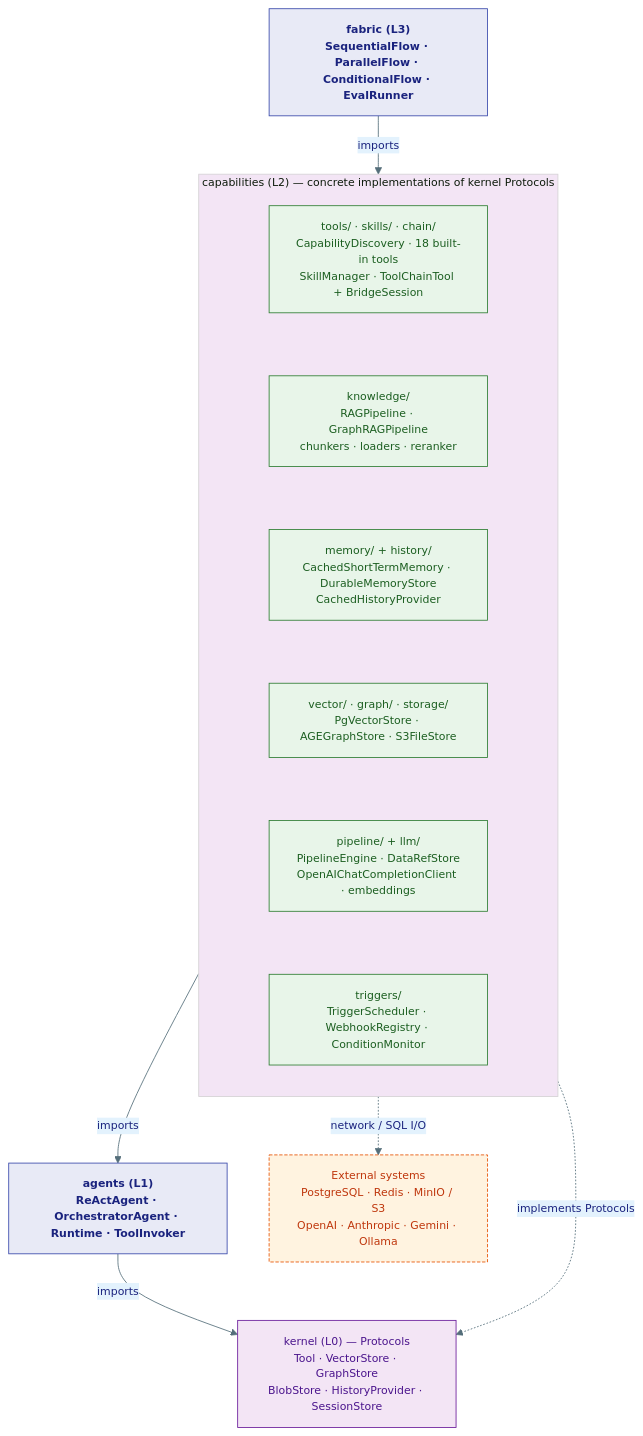
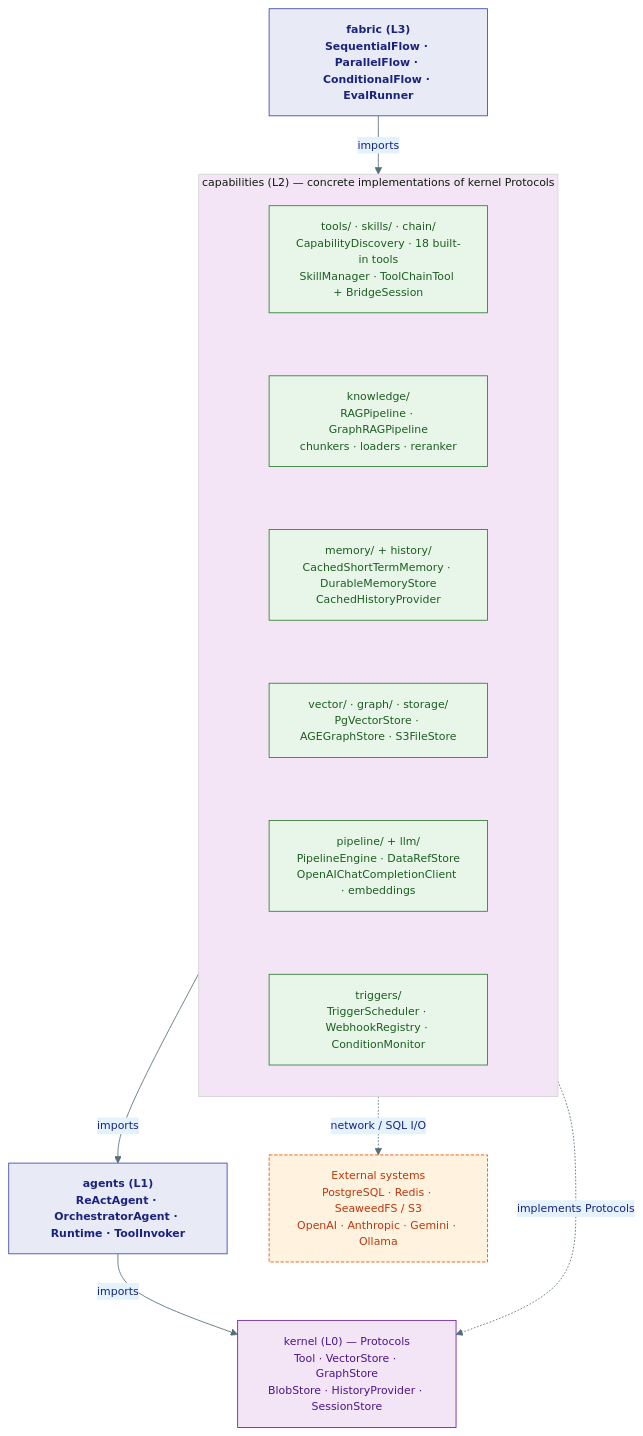
The diagram in agents/agent-substrate/docs/capabilities/index.md (Ravikumarchavva/agent-substrate), drawn with Mermaid before and after one commit. The commit also changed 21 other files, not shown here.

First line of the commit message:
Remove MinIO dependency; adopt SeaweedFS as the default S3-compatible store

````diff
--- a/agents/agent-substrate/docs/capabilities/index.md
+++ b/agents/agent-substrate/docs/capabilities/index.md
@@ -26,31 +26,31 @@
 ```mermaid
 %%{init: {'theme': 'base', 'themeVariables': {'primaryColor': '#E8EAF6','primaryTextColor': '#1A237E','primaryBorderColor': '#3949AB','lineColor': '#546E7A','secondaryColor': '#E3F2FD','tertiaryColor': '#F3E5F5','fontSize': '13px'}}}%%
 flowchart TB
     classDef layer fill:#E8EAF6,stroke:#3949AB,color:#1A237E,font-weight:bold
     classDef cap   fill:#E8F5E9,stroke:#2E7D32,color:#1B5E20
     classDef ext   fill:#FFF3E0,stroke:#E65100,color:#BF360C,stroke-dasharray:4 2
     classDef proto fill:#F3E5F5,stroke:#6A1B9A,color:#4A148C
 
     L3["fabric (L3)<br/>SequentialFlow · ParallelFlow · ConditionalFlow · EvalRunner"]:::layer
 
     subgraph L2["capabilities (L2) — concrete implementations of kernel Protocols"]
         direction TB
         T["tools/ · skills/ · chain/<br/>CapabilityDiscovery · 18 built-in tools<br/>SkillManager · ToolChainTool + BridgeSession"]:::cap
         K["knowledge/<br/>RAGPipeline · GraphRAGPipeline<br/>chunkers · loaders · reranker"]:::cap
         MH["memory/ + history/<br/>CachedShortTermMemory · DurableMemoryStore<br/>CachedHistoryProvider"]:::cap
         SS["vector/ · graph/ · storage/<br/>PgVectorStore · AGEGraphStore · S3FileStore"]:::cap
         PE["pipeline/ + llm/<br/>PipelineEngine · DataRefStore<br/>OpenAIChatCompletionClient · embeddings"]:::cap
         TR["triggers/<br/>TriggerScheduler · WebhookRegistry · ConditionMonitor"]:::cap
         T ~~~ K ~~~ MH ~~~ SS ~~~ PE ~~~ TR
     end
 
     L1["agents (L1)<br/>ReActAgent · OrchestratorAgent · Runtime · ToolInvoker"]:::layer
     L0["kernel (L0) — Protocols<br/>Tool · VectorStore · GraphStore<br/>BlobStore · HistoryProvider · SessionStore"]:::proto
-    EXT["External systems<br/>PostgreSQL · Redis · MinIO / S3<br/>OpenAI · Anthropic · Gemini · Ollama"]:::ext
+    EXT["External systems<br/>PostgreSQL · Redis · SeaweedFS / S3<br/>OpenAI · Anthropic · Gemini · Ollama"]:::ext
 
     L3 -->|"imports"| L2
     L2 -->|"imports"| L1
     L1 -->|"imports"| L0
     L2 -.->|"implements Protocols"| L0
     L2 -.->|"network / SQL I/O"| EXT
 ```
````
